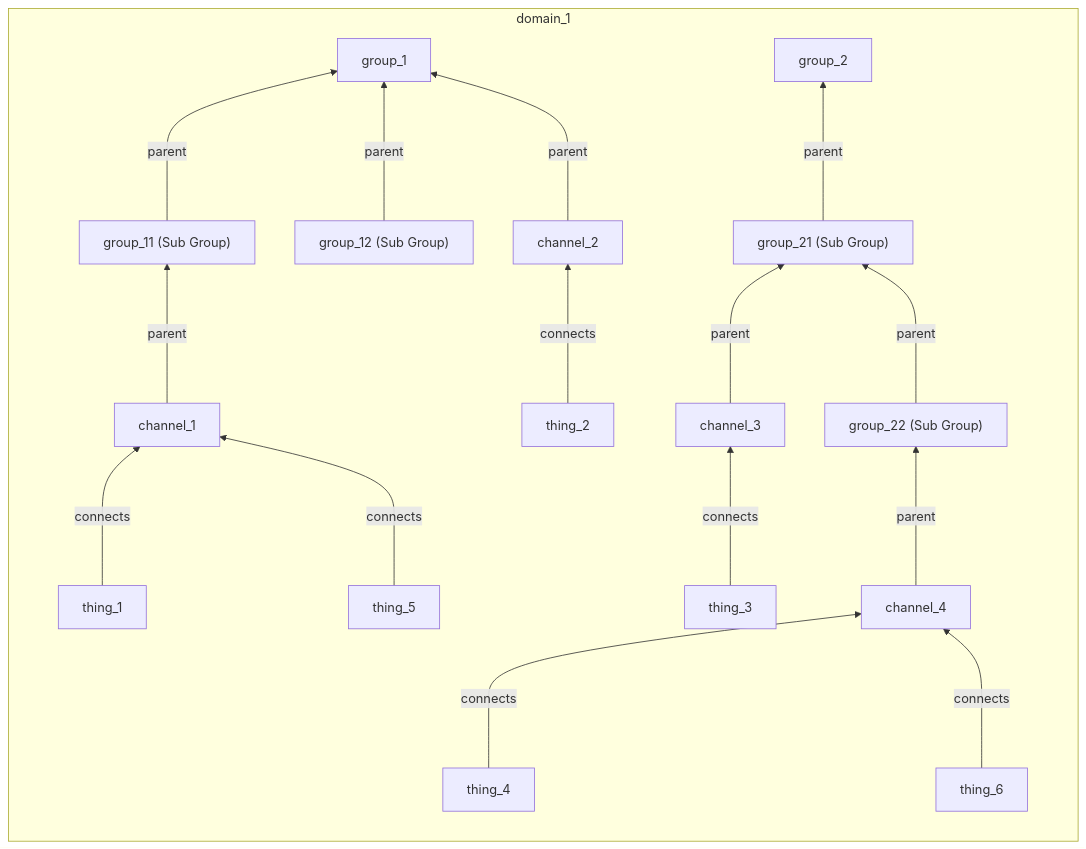
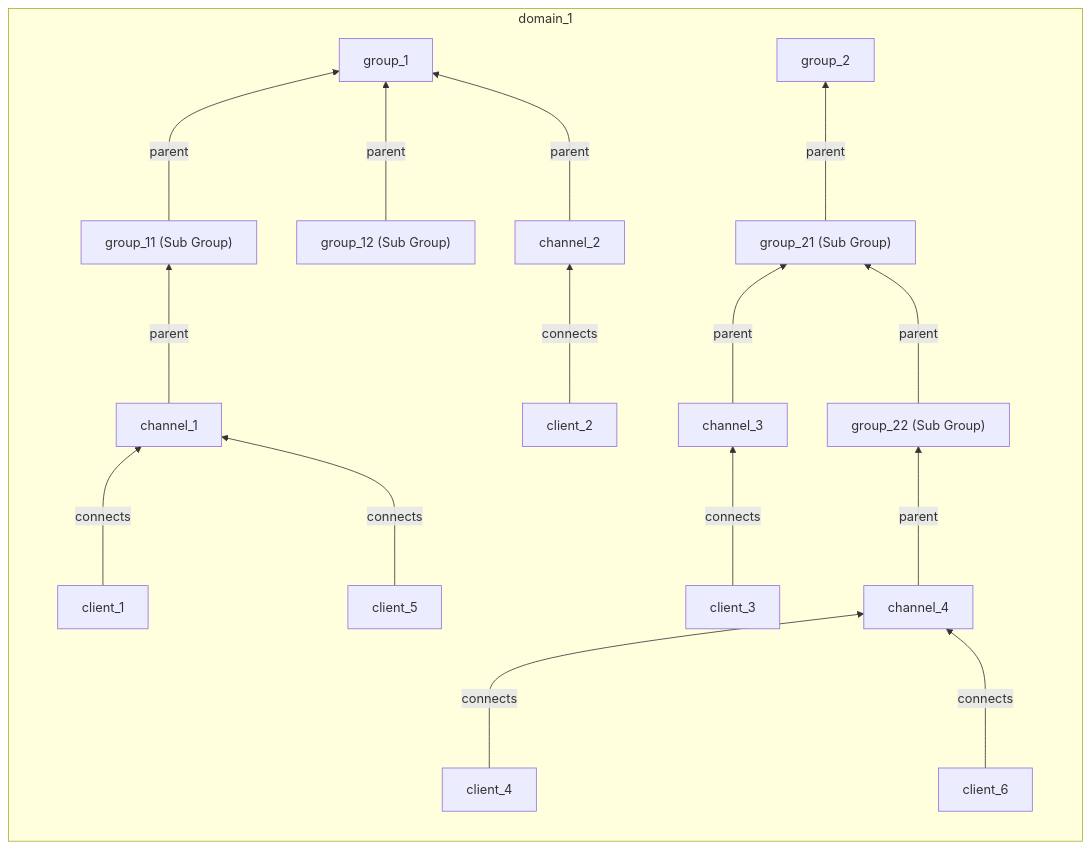
Before and after one commit to absmach/magistrala-docs: the seventh of 8 diagrams in docs/dev-guide/authorization.md, drawn with Mermaid. The commit also changed other lines of this file and 24 other files, not shown here.

````diff
--- a/docs/dev-guide/authorization.md
+++ b/docs/dev-guide/authorization.md
@@ -202,47 +202,47 @@
 ```mermaid
 graph
    subgraph domain_1
       direction BT
       Gr1["group_1"]
       Gr2["group_2"]
 
       Gr11["group_11 (Sub Group)"]
       Gr12["group_12 (Sub Group)"]
 
       Gr21["group_21 (Sub Group)"]
       Gr22["group_22 (Sub Group)"]
 
-      Th1["thing_1"]
-      Th2["thing_2"]
-      Th3["thing_3"]
-      Th4["thing_4"]
-      Th5["thing_5"]
-      Th6["thing_6"]
+      Cl1["client_1"]
+      Cl2["client_2"]
+      Th3["client_3"]
+      Th4["client_4"]
+      Th5["client_5"]
+      Th6["client_6"]
 
 
 
       Ch1["channel_1"]
       Ch2["channel_2"]
       Ch3["channel_3"]
       Ch4["channel_4"]
 
       Gr11 --->|parent| Gr1
       Gr12 --->|parent| Gr1
 
       Ch1 --->|parent| Gr11
-      Th1 --->|connects| Ch1
+      Cl1 --->|connects| Ch1
       Th5 --->|connects| Ch1
 
       Ch2 --->|parent| Gr1
-      Th2 --->|connects| Ch2
+      Cl2 --->|connects| Ch2
 
       Gr21 --->|parent| Gr2
       Ch3 --->|parent| Gr21
       Th3 --->|connects| Ch3
 
       Gr22 --->|parent| Gr21
       Ch4 --->|parent| Gr22
       Th4 --->|connects| Ch4
       Th6 --->|connects| Ch4
    end
 ```
````
